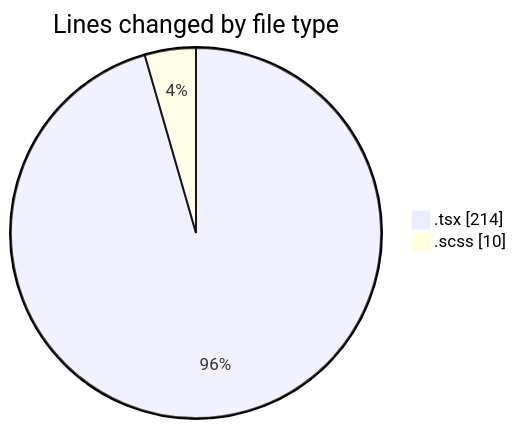
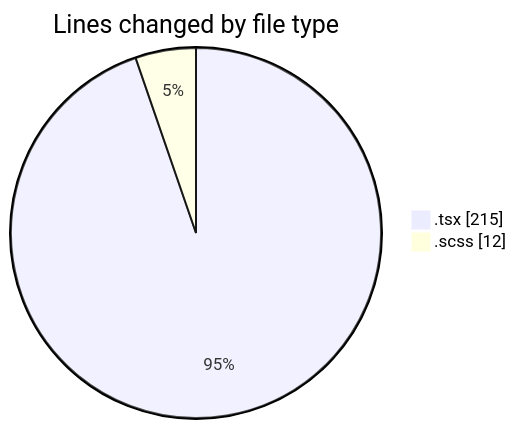
One commit to momahboobian/code-tracking changed the first of 2 diagrams in 2025-02-13/cda/README.md. Above: the diagram before and after it, drawn with Mermaid. The commit also changed other lines of this file and 1 other file, not shown here.

````diff
--- a/2025-02-13/cda/README.md
+++ b/2025-02-13/cda/README.md
@@ -24,6 +24,6 @@
 ```mermaid
 pie showData
 title Lines changed by file type
-".tsx" : 214
-".scss" : 10
+".tsx" : 215
+".scss" : 12
 ```
````
